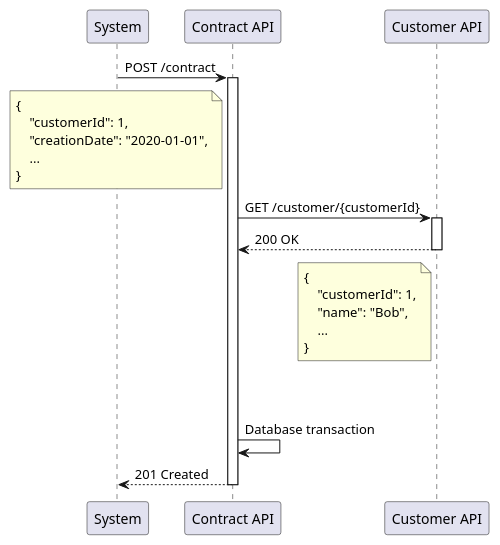
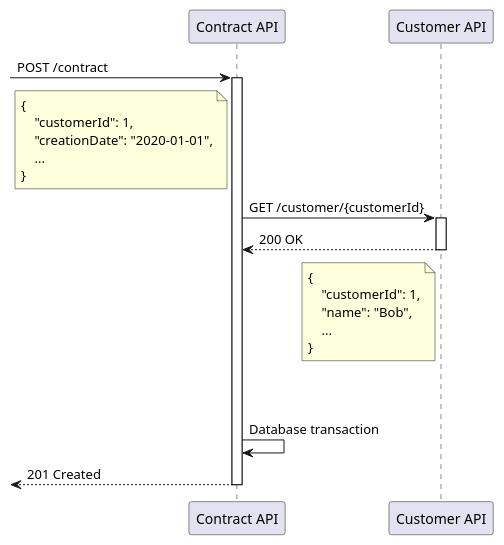
One commit to Nikolas-Charalambidis/microservices-integration changed the diagram in src/main/resources/synchronous/synchronous.puml. Above: the diagram before and after it, drawn with PlantUML. The commit also changed 24 other files, not shown here.

```diff
--- a/src/main/resources/synchronous/synchronous.puml
+++ b/src/main/resources/synchronous/synchronous.puml
@@ -1,27 +1,27 @@
 @startuml
-"System" -> "Contract API": POST /contract
+[-> "Contract API": POST /contract
 note left of "Contract API"
 {
     "customerId": 1,
     "creationDate": "2020-01-01",
     ...
 }
 end note
 activate "Contract API"
 "Contract API" -> "Customer API": GET /customer/{customerId}
 activate "Customer API"
 "Customer API" --> "Contract API": 200 OK
 note left of "Customer API"
  {
      "customerId": 1,
      "name": "Bob",
      ...
  }
 end note
 |||
 |||
 deactivate "Customer API"
 "Contract API" -> "Contract API": Database transaction
-"Contract API" --> System: 201 Created
+[<-- "Contract API": 201 Created
 deactivate "Contract API"
 @enduml
```
